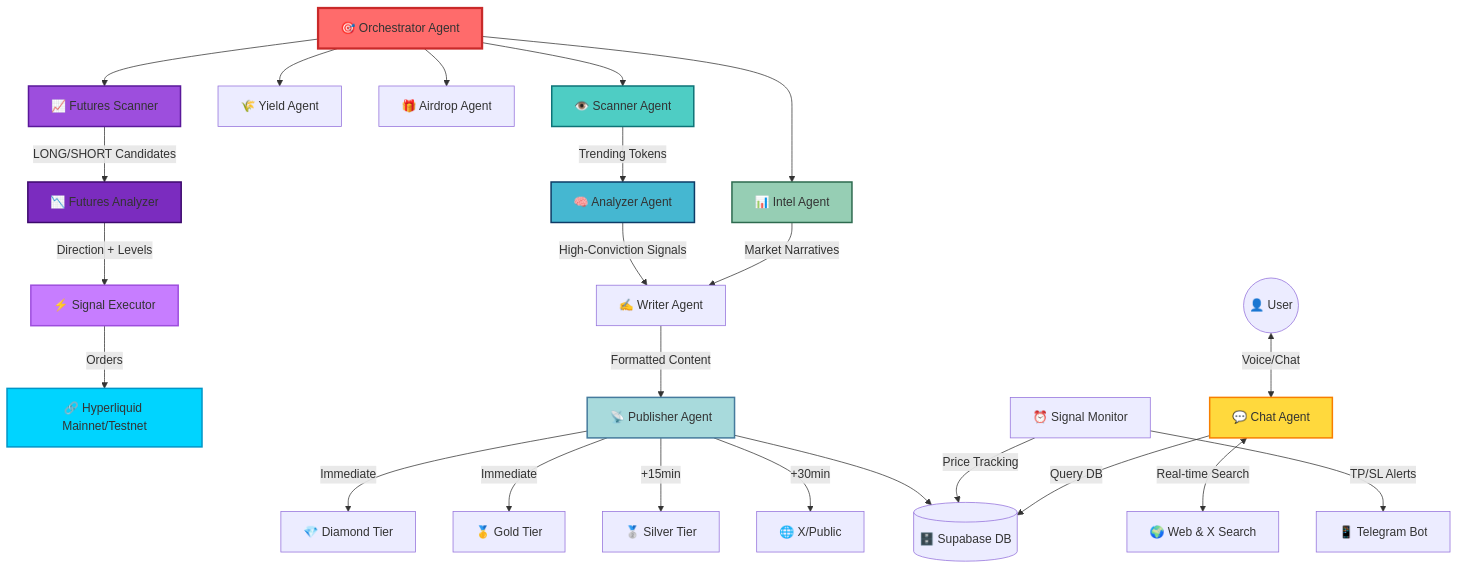
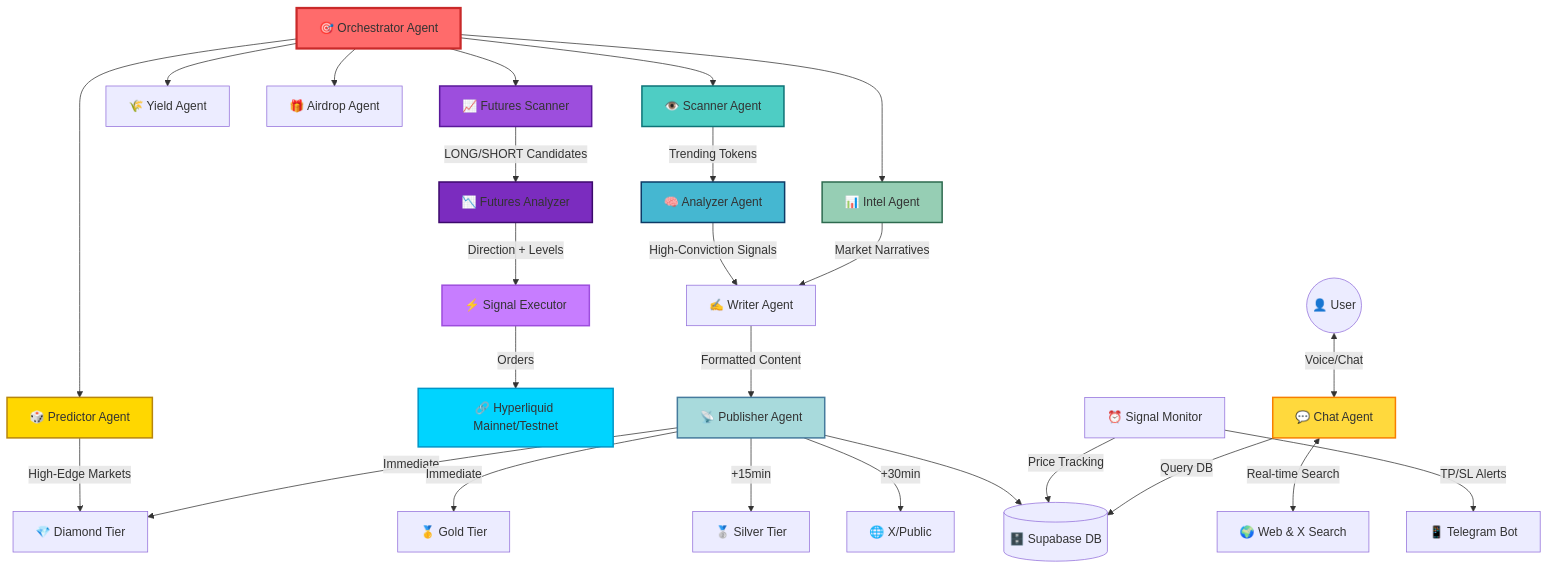
The diagram in README.md (zaikaman/RogueAgent), drawn with Mermaid before and after one commit. The commit also changed other lines of this file and 3 other files, not shown here.

````diff
--- a/README.md
+++ b/README.md
@@ -109,41 +109,44 @@
 ```mermaid
 graph TD
     Orchestrator[🎯 Orchestrator Agent] --> Scanner[👁️ Scanner Agent]
     Orchestrator --> Intel[📊 Intel Agent]
     Orchestrator --> Yield[🌾 Yield Agent]
     Orchestrator --> Airdrop[🎁 Airdrop Agent]
+    Orchestrator --> Predictor[🎲 Predictor Agent]
     Orchestrator --> FuturesScanner[📈 Futures Scanner]
     
     Scanner -->|Trending Tokens| Analyzer[🧠 Analyzer Agent]
     Analyzer -->|High-Conviction Signals| Writer[✍️ Writer Agent]
     Intel -->|Market Narratives| Writer
+    Predictor -->|High-Edge Markets| Diamond[💎 Diamond Tier]
     
     FuturesScanner -->|LONG/SHORT Candidates| FuturesAnalyzer[📉 Futures Analyzer]
     FuturesAnalyzer -->|Direction + Levels| FuturesExecutor[⚡ Signal Executor]
     FuturesExecutor -->|Orders| Hyperliquid[🔗 Hyperliquid Mainnet/Testnet]
     
     Writer -->|Formatted Content| Publisher[📡 Publisher Agent]
-    Publisher -->|Immediate| Diamond[💎 Diamond Tier]
+    Publisher -->|Immediate| Diamond
     Publisher -->|Immediate| Gold[🥇 Gold Tier]
     Publisher -->|+15min| Silver[🥈 Silver Tier]
     Publisher -->|+30min| Public[🌐 X/Public]
     Publisher --> DB[(🗄️ Supabase DB)]
     
     Monitor[⏰ Signal Monitor] -->|Price Tracking| DB
     Monitor -->|TP/SL Alerts| Telegram[📱 Telegram Bot]
     
     User((👤 User)) <-->|Voice/Chat| ChatAgent[💬 Chat Agent]
     ChatAgent <-->|Real-time Search| Web[🌍 Web & X Search]
     ChatAgent -->|Query DB| DB
     
     style Orchestrator fill:#ff6b6b,stroke:#c92a2a,stroke-width:3px
     style Scanner fill:#4ecdc4,stroke:#0d7377,stroke-width:2px
     style Analyzer fill:#45b7d1,stroke:#0d3b66,stroke-width:2px
     style Intel fill:#96ceb4,stroke:#2d6a4f,stroke-width:2px
+    style Predictor fill:#ffd700,stroke:#b8860b,stroke-width:2px
     style ChatAgent fill:#ffd93d,stroke:#f77f00,stroke-width:2px
     style Publisher fill:#a8dadc,stroke:#457b9d,stroke-width:2px
     style FuturesScanner fill:#9d4edd,stroke:#5a189a,stroke-width:2px
     style FuturesAnalyzer fill:#7b2cbf,stroke:#3c096c,stroke-width:2px
     style FuturesExecutor fill:#c77dff,stroke:#9d4edd,stroke-width:2px
     style Hyperliquid fill:#00d4ff,stroke:#0096c7,stroke-width:2px
 ```
````
